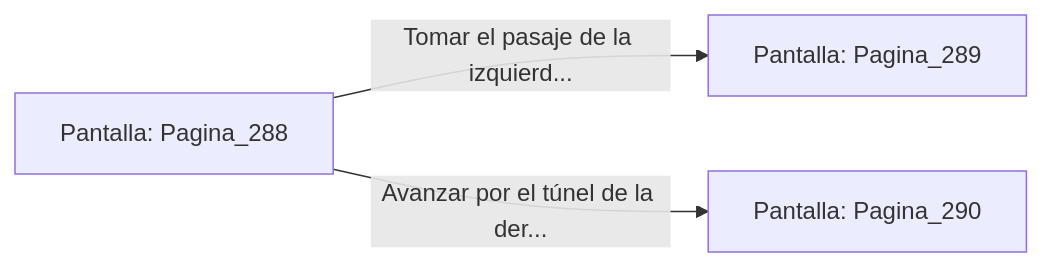
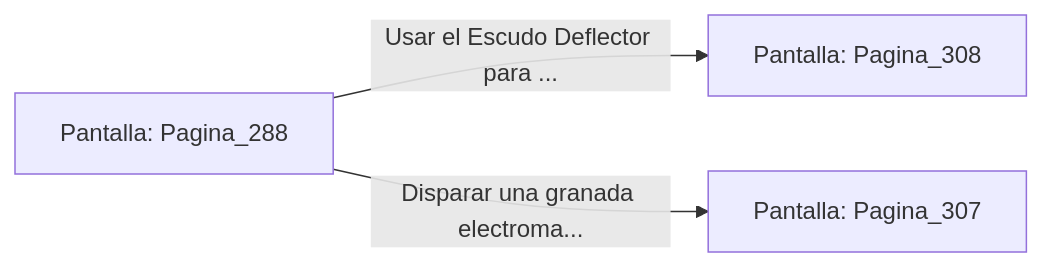
One commit to metsuke/mpl changed the diagram in sample/eligejuego-vault/Pantalla_Pagina_288.md. Above: the diagram before and after it, drawn with Mermaid. The commit also changed other lines of this file and 635 other files, not shown here.

First line of the commit message:
fix: añadir Pagina_1 como pantalla inicial en capitulo_01.mpl

````diff
--- a/sample/eligejuego-vault/Pantalla_Pagina_288.md
+++ b/sample/eligejuego-vault/Pantalla_Pagina_288.md
@@ -20,6 +22,6 @@
 ```mermaid
 graph LR
     P_Pagina_288["Pantalla: Pagina_288"]
-    P_Pagina_288 -->|"Tomar el pasaje de la izquierd..."| P_Pagina_289["Pantalla: Pagina_289"]
-    P_Pagina_288 -->|"Avanzar por el túnel de la der..."| P_Pagina_290["Pantalla: Pagina_290"]
+    P_Pagina_288 -->|"Usar el Escudo Deflector para ..."| P_Pagina_308["Pantalla: Pagina_308"]
+    P_Pagina_288 -->|"Disparar una granada electroma..."| P_Pagina_307["Pantalla: Pagina_307"]
 ```
````
